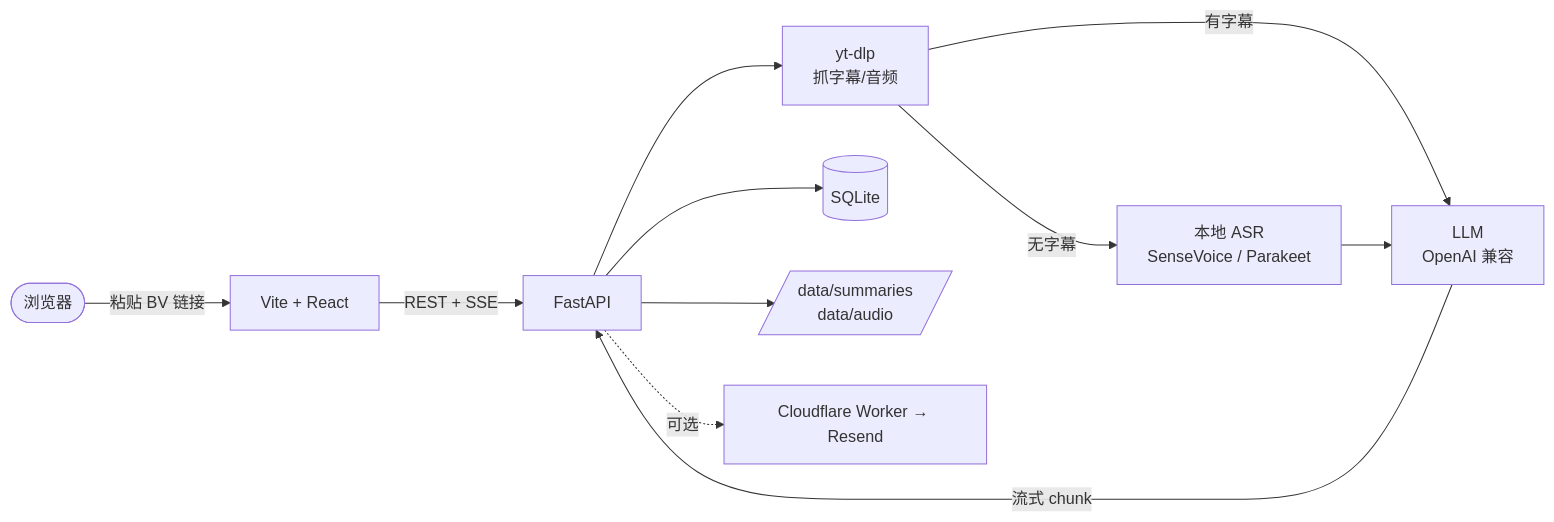
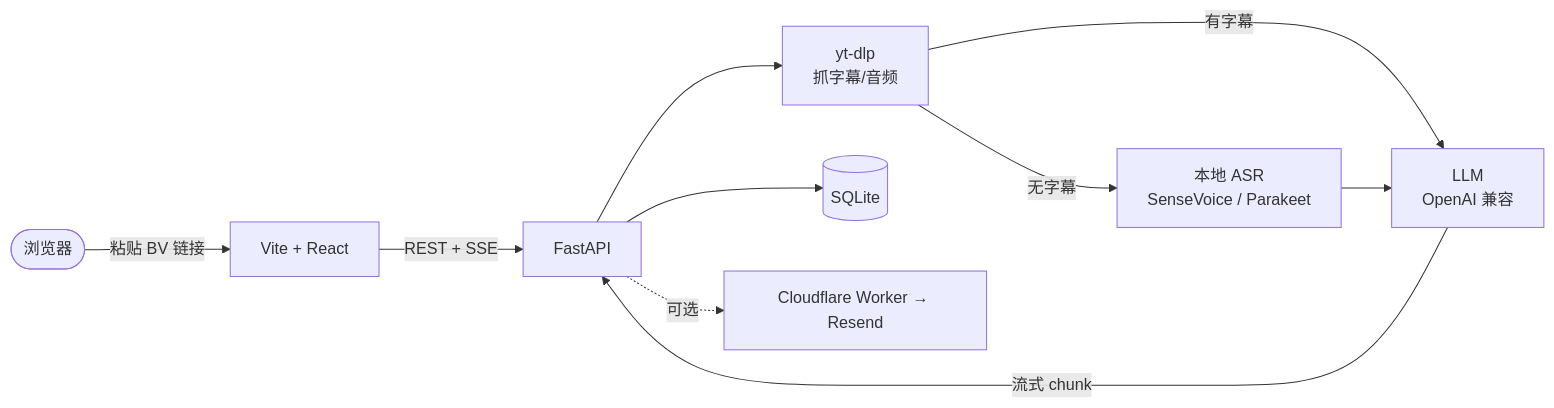
One commit to BazingaOrg/biri-youyaku changed the diagram in README.md. Above: the diagram before and after it, drawn with Mermaid. The commit also changed other lines of this file and 3 other files, not shown here.

````diff
--- a/README.md
+++ b/README.md
@@ -44,13 +102,12 @@
 ```mermaid
 flowchart LR
     user([浏览器]) -->|粘贴 BV 链接| web[Vite + React]
     web -->|REST + SSE| api[FastAPI]
     api --> ytdlp[yt-dlp<br/>抓字幕/音频]
     ytdlp -->|有字幕| llm
     ytdlp -->|无字幕| asr[本地 ASR<br/>SenseVoice / Parakeet]
     asr --> llm[LLM<br/>OpenAI 兼容]
     llm -->|流式 chunk| api
     api --> db[(SQLite)]
-    api --> fs[/data/summaries<br/>data/audio/]
     api -. 可选 .-> mail[Cloudflare Worker → Resend]
 ```
````
